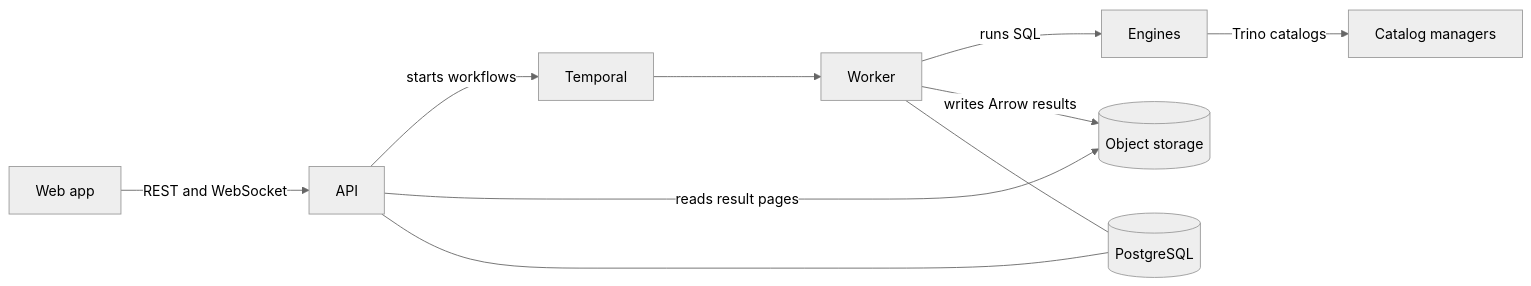
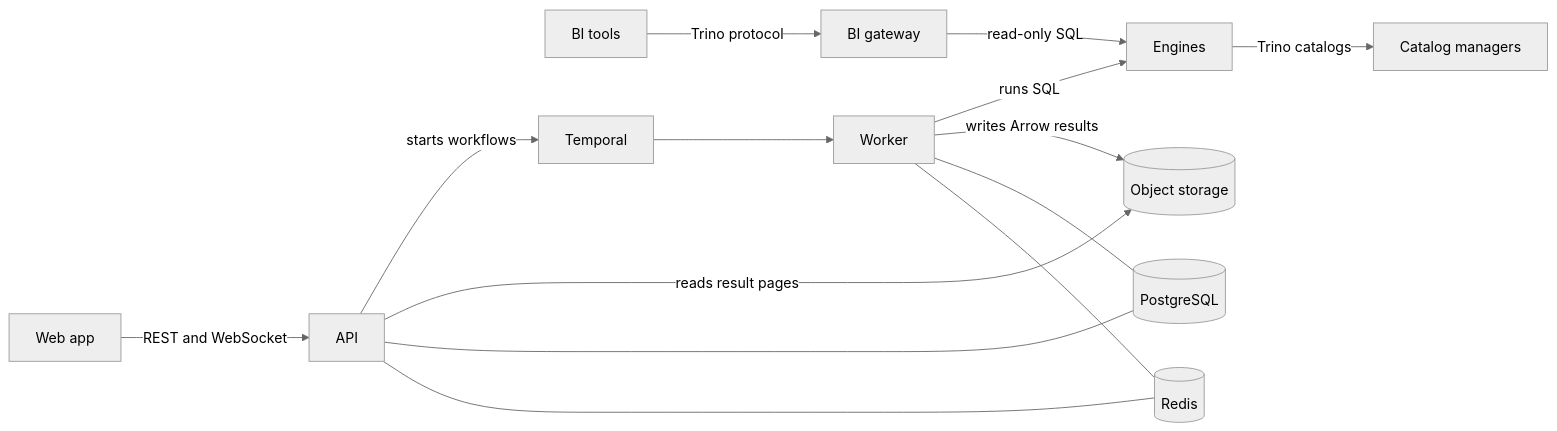
One commit to maltzsama/baleia changed the diagram in docs/architecture.md. Above: the diagram before and after it, drawn with Mermaid (neutral theme). The commit also changed other lines of this file, not shown here.

Commit message:
docs(architecture): reposition the diagram and add the BI gateway, Redis and cold storage

````diff
--- a/docs/architecture.md
+++ b/docs/architecture.md
@@ -24,12 +11,16 @@
 ```mermaid
 flowchart LR
     Browser["Web app"] -->|REST and WebSocket| API
+    BI["BI tools"] -->|Trino protocol| Gateway["BI gateway"]
+    Gateway -->|read-only SQL| Engines
     API -->|starts workflows| Temporal
     Temporal --> Worker
     Worker -->|runs SQL| Engines
     Worker -->|writes Arrow results| Storage[("Object storage")]
     API -->|reads result pages| Storage
     API --- DB[("PostgreSQL")]
     Worker --- DB
+    API --- Redis[("Redis")]
+    Worker --- Redis
     Engines -->|Trino catalogs| Managers["Catalog managers"]
 ```
````
